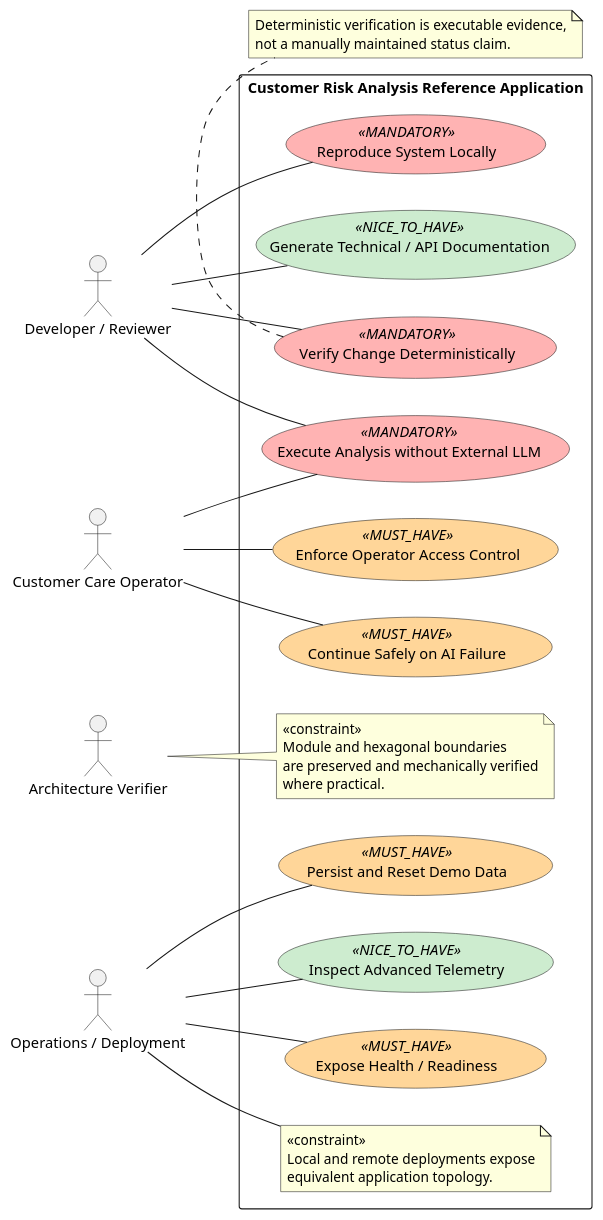
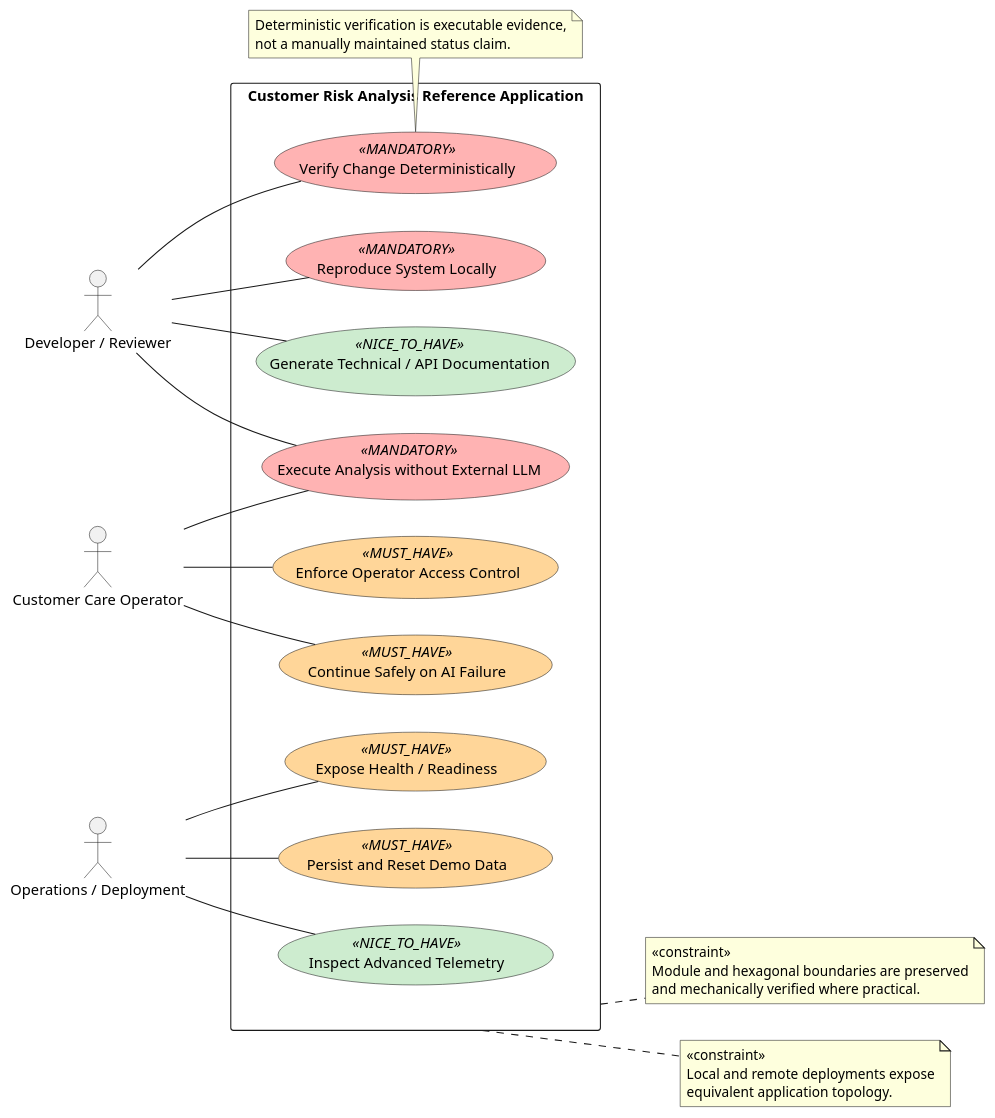
One commit to jdoe-dev-159753/specgraph-reference-app changed the diagram in docs/assignment/Inception/diagrams/inception-non-functional-use-cases.puml. Above: the diagram before and after it, drawn with PlantUML.

Commit message:
docs: attach constraints to UML subject

```diff
--- a/docs/assignment/Inception/diagrams/inception-non-functional-use-cases.puml
+++ b/docs/assignment/Inception/diagrams/inception-non-functional-use-cases.puml
@@ -1,46 +1,52 @@
 @startuml
 left to right direction
 actor "Developer / Reviewer" as Dev
 actor "Customer Care Operator" as Operator
-actor "Architecture Verifier" as Arch
 actor "Operations / Deployment" as Ops
 
 skinparam usecase {
   BackgroundColor<<MANDATORY>> #FFB3B3
   BackgroundColor<<MUST_HAVE>> #FFD699
   BackgroundColor<<NICE_TO_HAVE>> #CDECCF
 }
 
 rectangle "Customer Risk Analysis Reference Application" as SystemBoundary {
   usecase "Reproduce System Locally" as NF_Reproduce <<MANDATORY>>
   usecase "Verify Change Deterministically" as NF_Verify <<MANDATORY>>
   usecase "Execute Analysis without External LLM" as NF_OfflineAI <<MANDATORY>>
   usecase "Enforce Operator Access Control" as NF_Access <<MUST_HAVE>>
   usecase "Persist and Reset Demo Data" as NF_Data <<MUST_HAVE>>
   usecase "Continue Safely on AI Failure" as NF_Degrade <<MUST_HAVE>>
   usecase "Expose Health / Readiness" as NF_Health <<MUST_HAVE>>
   usecase "Generate Technical / API Documentation" as NF_Docs <<NICE_TO_HAVE>>
   usecase "Inspect Advanced Telemetry" as NF_Telemetry <<NICE_TO_HAVE>>
-
-  note "<<constraint>>\nModule and hexagonal boundaries\nare preserved and mechanically verified\nwhere practical." as C_Architecture
-  note "<<constraint>>\nLocal and remote deployments expose\nequivalent application topology." as C_Topology
 }
 
 Dev -- NF_Reproduce
 Dev -- NF_Verify
 Dev -- NF_OfflineAI
 Dev -- NF_Docs
 Operator -- NF_Access
 Operator -- NF_OfflineAI
 Operator -- NF_Degrade
 Ops -- NF_Data
 Ops -- NF_Health
 Ops -- NF_Telemetry
-Arch -- C_Architecture
-Ops -- C_Topology
+
+note right of SystemBoundary
+  <<constraint>>
+  Module and hexagonal boundaries are preserved
+  and mechanically verified where practical.
+end note
+
+note right of SystemBoundary
+  <<constraint>>
+  Local and remote deployments expose
+  equivalent application topology.
+end note
 
 note bottom of NF_Verify
   Deterministic verification is executable evidence,
   not a manually maintained status claim.
 end note
 @enduml
```
